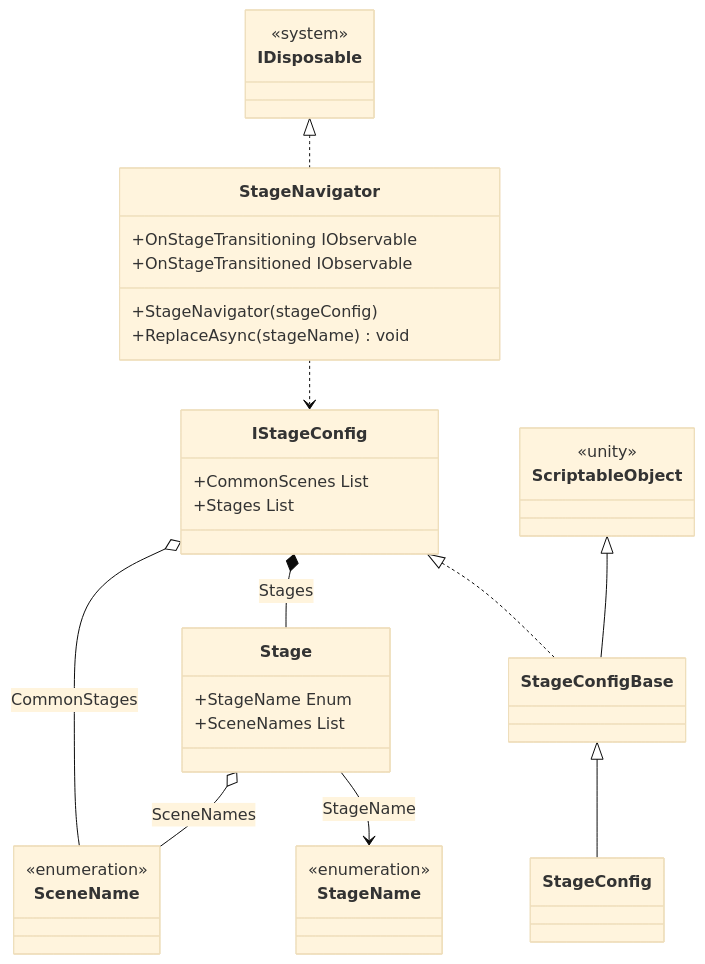
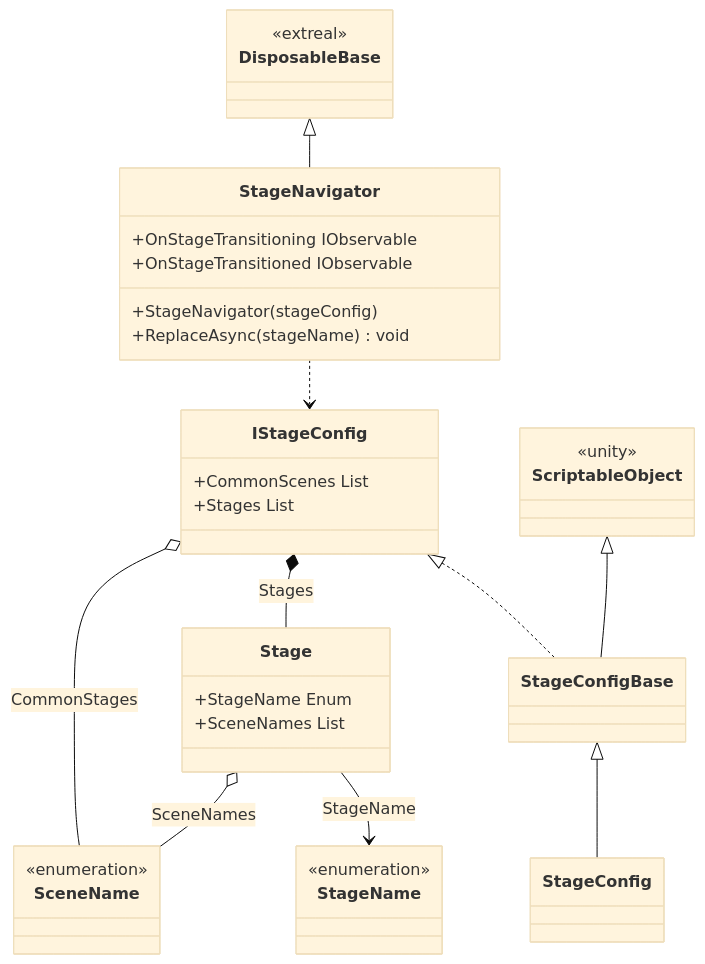
One commit to extreal-dev/Extreal.Guide changed the diagram in docs/core/stage-navigation.md. Above: the diagram before and after it, drawn with Mermaid (base theme). The commit also changed other lines of this file and 14 other files, not shown here.

````diff
--- a/docs/core/stage-navigation.md
+++ b/docs/core/stage-navigation.md
@@ -27,53 +27,53 @@
 ```mermaid
 classDiagram
 
     StageNavigator ..> IStageConfig
     IStageConfig <|.. StageConfigBase
     StageConfigBase <|-- StageConfig
     ScriptableObject <|-- StageConfigBase
     IStageConfig *-- Stage : Stages
     IStageConfig o-- SceneName : CommonStages
     Stage --> StageName : StageName
     Stage o-- SceneName : SceneNames
-    IDisposable　<|.. StageNavigator
+    DisposableBase　<|-- StageNavigator
 
     class StageName {
         <<enumeration>>
     }
 
     class SceneName {
         <<enumeration>>
     }
 
     class StageConfig {
     }
 
     class StageNavigator {
         +OnStageTransitioning IObservable
         +OnStageTransitioned IObservable
         +StageNavigator(stageConfig)
         +ReplaceAsync(stageName) void
     }
 
     class IStageConfig {
         +CommonScenes List
         +Stages List
     }
 
     class StageConfigBase {
         
     }
 
     class ScriptableObject {
         <<unity>>
     }
 
     class Stage {
         +StageName Enum
         +SceneNames List
     }
 
-    class IDisposable {
-        <<system>>
+    class DisposableBase {
+        <<extreal>>
     }
 ```
````
